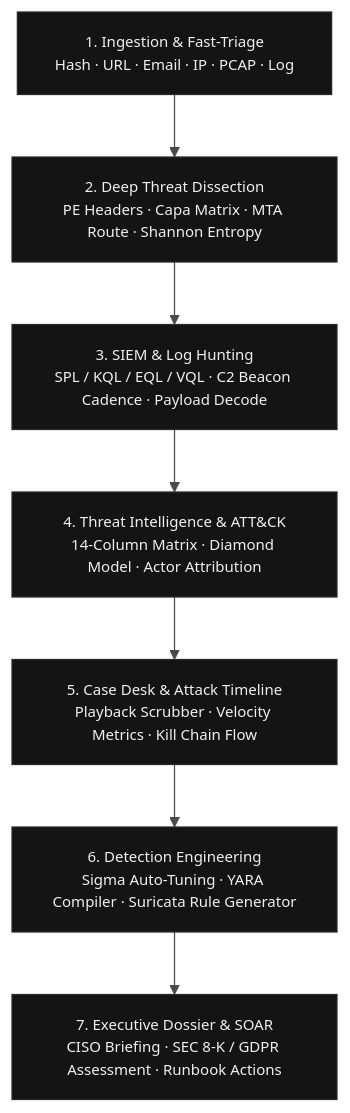
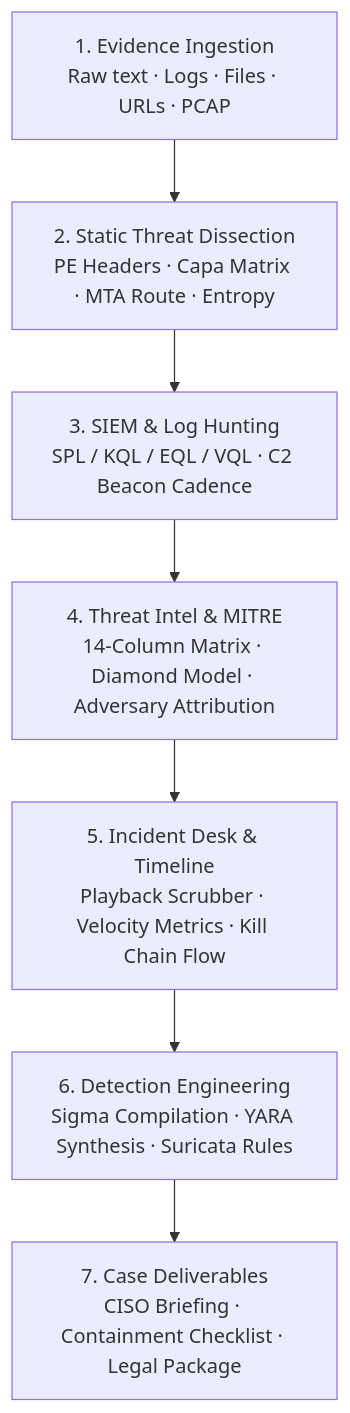
The first of 2 diagrams in README.md (kripy17/BeyondArch), drawn with Mermaid before and after one commit. The commit also changed other lines of this file and 23 other files, not shown here.

````diff
--- a/README.md
+++ b/README.md
@@ -114,17 +84,9 @@
 ```mermaid
-%%{init: {'theme':'base', 'themeVariables': {
-  'primaryColor':'#141414',
-  'primaryBorderColor':'#2a2a2a',
-  'primaryTextColor':'#f0f0f0',
-  'lineColor':'#4a4a4a',
-  'fontFamily':'JetBrains Mono, monospace',
-  'fontSize':'12px'
-}}}%%
 flowchart TD
-    A["1. Ingestion & Fast-Triage<br/>Hash · URL · Email · IP · PCAP · Log"] --> B["2. Deep Threat Dissection<br/>PE Headers · Capa Matrix · MTA Route · Shannon Entropy"]
-    B --> C["3. SIEM & Log Hunting<br/>SPL / KQL / EQL / VQL · C2 Beacon Cadence · Payload Decode"]
-    C --> D["4. Threat Intelligence & ATT&CK<br/>14-Column Matrix · Diamond Model · Actor Attribution"]
-    D --> E["5. Case Desk & Attack Timeline<br/>Playback Scrubber · Velocity Metrics · Kill Chain Flow"]
-    E --> F["6. Detection Engineering<br/>Sigma Auto-Tuning · YARA Compiler · Suricata Rule Generator"]
-    F --> G["7. Executive Dossier & SOAR<br/>CISO Briefing · SEC 8-K / GDPR Assessment · Runbook Actions"]
+    A["1. Evidence Ingestion<br/>Raw text · Logs · Files · URLs · PCAP"] --> B["2. Static Threat Dissection<br/>PE Headers · Capa Matrix · MTA Route · Entropy"]
+    B --> C["3. SIEM & Log Hunting<br/>SPL / KQL / EQL / VQL · C2 Beacon Cadence"]
+    C --> D["4. Threat Intel & MITRE<br/>14-Column Matrix · Diamond Model · Adversary Attribution"]
+    D --> E["5. Incident Desk & Timeline<br/>Playback Scrubber · Velocity Metrics · Kill Chain Flow"]
+    E --> F["6. Detection Engineering<br/>Sigma Compilation · YARA Synthesis · Suricata Rules"]
+    F --> G["7. Case Deliverables<br/>CISO Briefing · Containment Checklist · Legal Package"]
 ```
````
